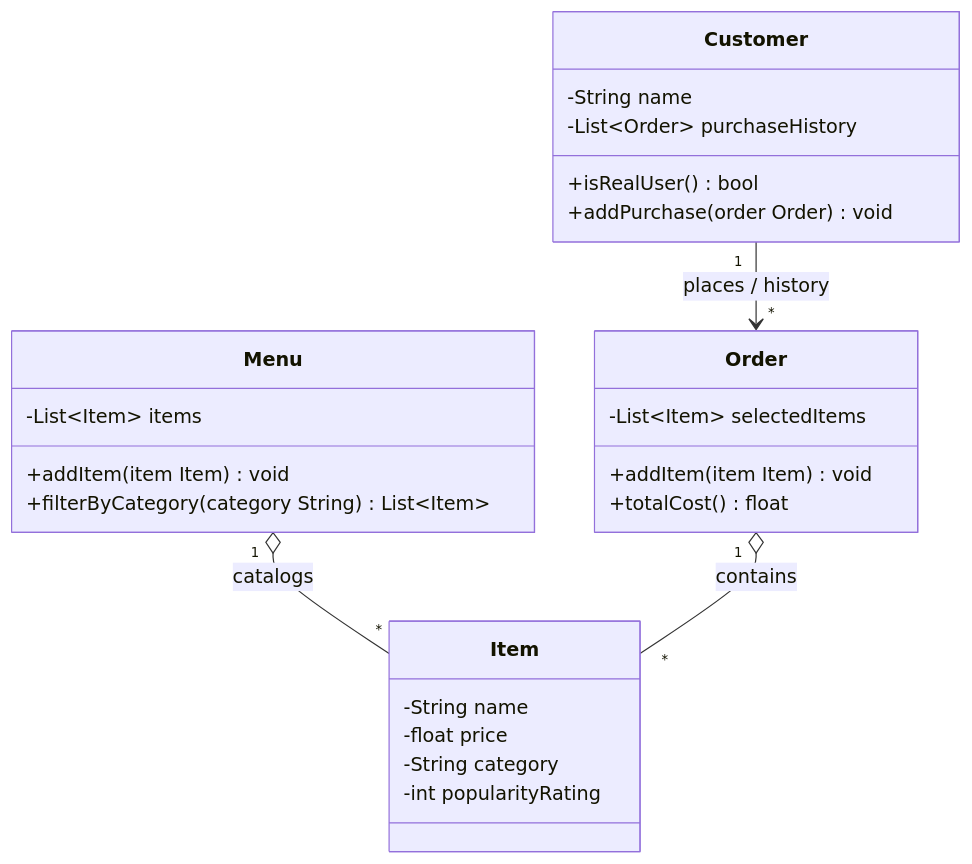
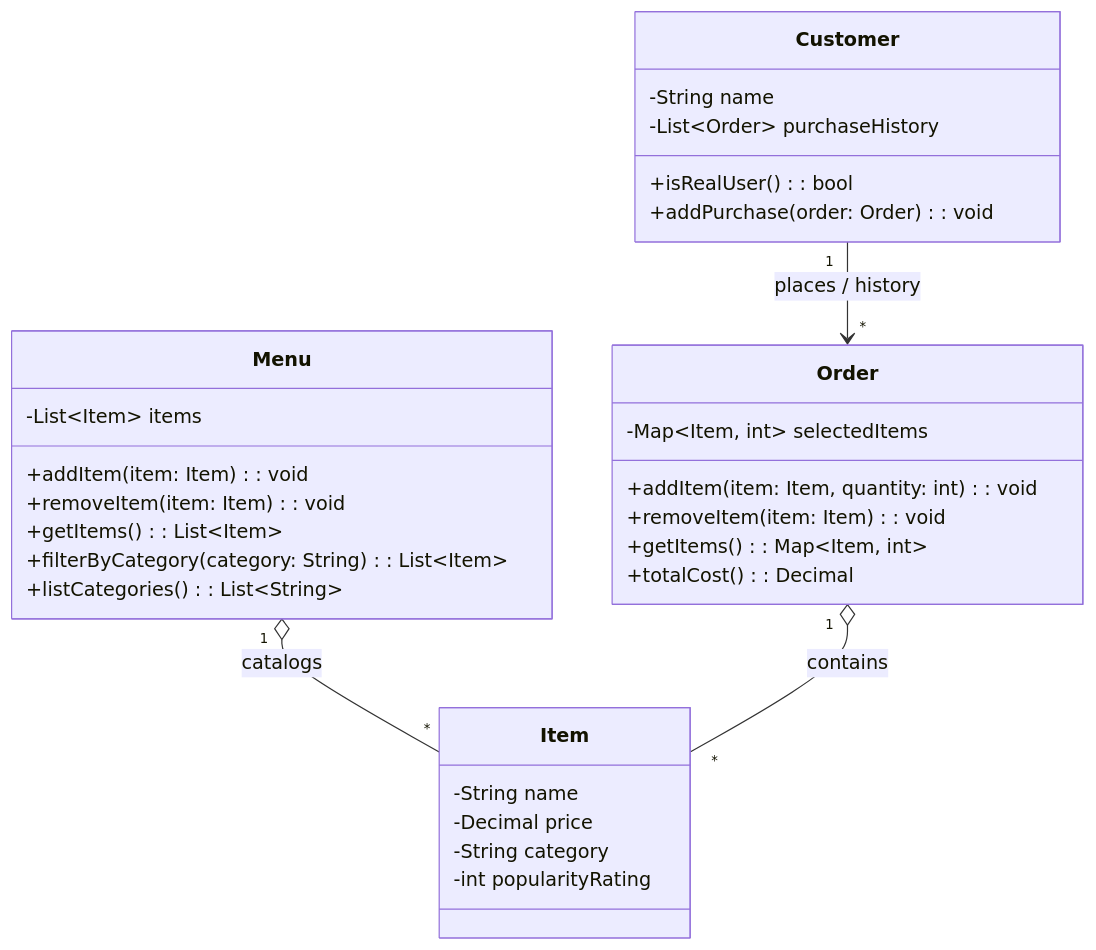
The diagram in bytebites_design.md (TienyuZhang/bytebites_tinker_activity), drawn with Mermaid before and after one commit. The commit also changed other lines of this file, not shown here.

Commit message:
added final UML design diagram

````diff
--- a/bytebites_design.md
+++ b/bytebites_design.md
@@ -11,32 +11,37 @@
 ```mermaid
 classDiagram
     class Customer {
         -String name
         -List~Order~ purchaseHistory
-        +isRealUser() bool
-        +addPurchase(order Order) void
+        +isRealUser(): bool
+        +addPurchase(order: Order): void
     }
 
     class Item {
         -String name
-        -float price
+        -Decimal price
         -String category
         -int popularityRating
     }
 
     class Menu {
         -List~Item~ items
-        +addItem(item Item) void
-        +filterByCategory(category String) List~Item~
+        +addItem(item: Item): void
+        +removeItem(item: Item): void
+        +getItems(): List~Item~
+        +filterByCategory(category: String): List~Item~
+        +listCategories(): List~String~
     }
 
     class Order {
-        -List~Item~ selectedItems
-        +addItem(item Item) void
-        +totalCost() float
+        -Map~Item, int~ selectedItems
+        +addItem(item: Item, quantity: int): void
+        +removeItem(item: Item): void
+        +getItems(): Map~Item, int~
+        +totalCost(): Decimal
     }
 
     Customer "1" --> "*" Order : places / history
     Menu "1" o-- "*" Item : catalogs
     Order "1" o-- "*" Item : contains
 ```
````
